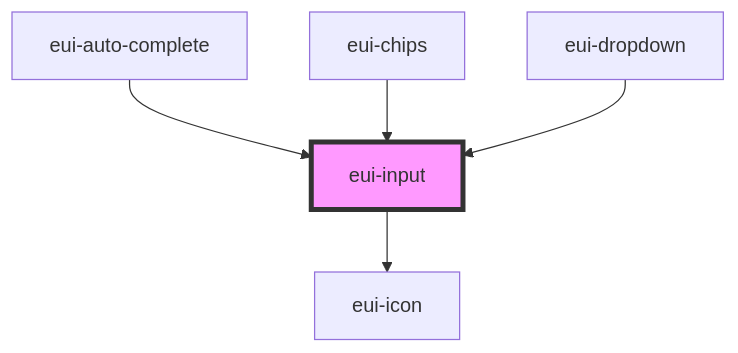
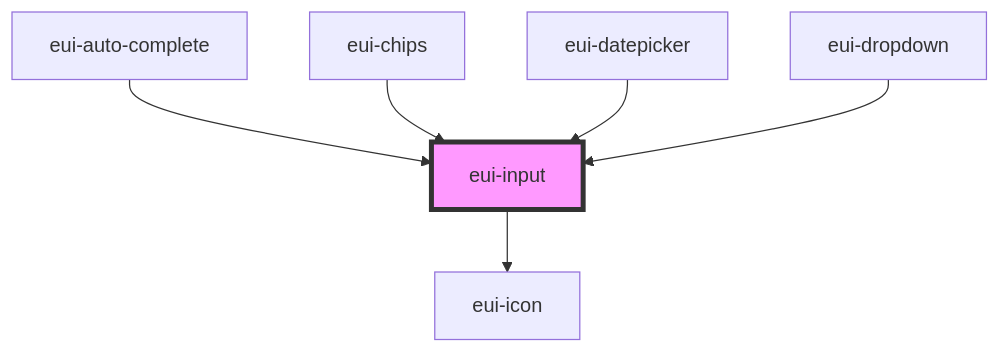
One commit to pnd-amirhosein/U_and_I changed the diagram in ensemble-ui/src/components/input/readme.md. Above: the diagram before and after it, drawn with Mermaid. The commit also changed other lines of this file and 15 other files, not shown here.

````diff
--- a/ensemble-ui/src/components/input/readme.md
+++ b/ensemble-ui/src/components/input/readme.md
@@ -50,8 +51,9 @@
 ```mermaid
 graph TD;
   eui-input --> eui-icon
   eui-auto-complete --> eui-input
   eui-chips --> eui-input
+  eui-datepicker --> eui-input
   eui-dropdown --> eui-input
   style eui-input fill:#f9f,stroke:#333,stroke-width:4px
 ```
````
